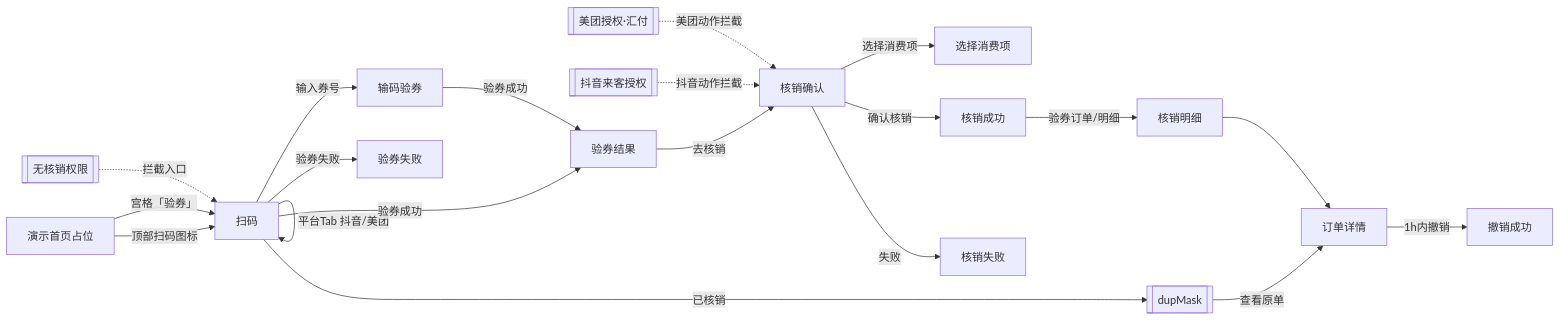
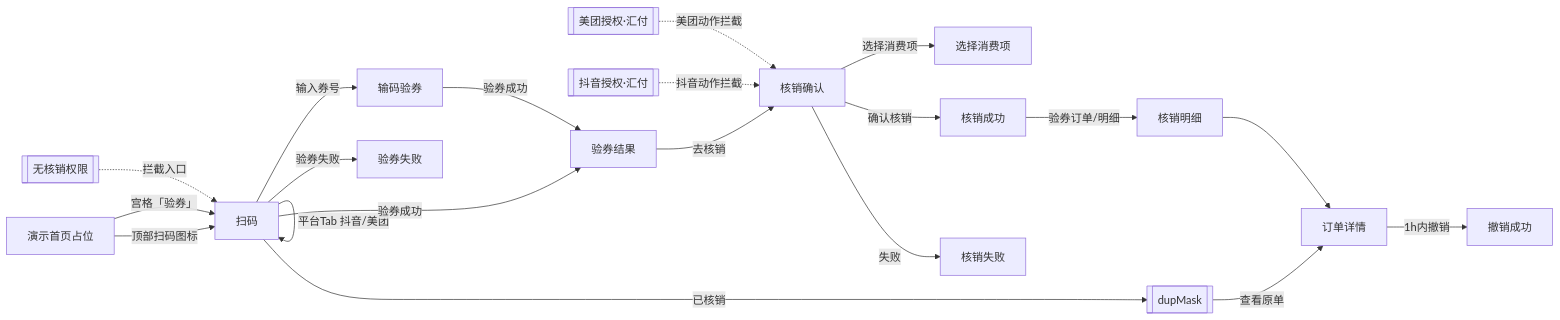
One commit to XDean-Designer/tiktok changed the first of 5 diagrams in PRD-团购核销.md. Above: the diagram before and after it, drawn with Mermaid. The commit also changed other lines of this file and 71 other files, not shown here.

````diff
--- a/PRD-团购核销.md
+++ b/PRD-团购核销.md
@@ -219,22 +221,22 @@
 ```mermaid
 flowchart LR
   HOME[演示首页占位] -->|顶部扫码图标| SCAN[扫码]
   HOME -->|宫格「验券」| SCAN
   SCAN -->|平台Tab 抖音/美团| SCAN
   SCAN -->|输入券号| INPUT[输码验券]
   SCAN -->|验券成功| RESULT[验券结果]
   INPUT -->|验券成功| RESULT
   RESULT -->|去核销| CONFIRM[核销确认]
   CONFIRM -->|选择消费项| MATCH[选择消费项]
   CONFIRM -->|确认核销| SUCCESS[核销成功]
   CONFIRM -->|失败| FAIL[核销失败]
   SCAN -->|已核销| DUP[[dupMask]]
   DUP -->|查看原单| DETAIL[订单详情]
   SCAN -->|验券失败| VF[验券失败]
   SUCCESS -->|验券订单/明细| ORDERS[核销明细]
   ORDERS --> DETAIL
   DETAIL -->|1h内撤销| ROK[撤销成功]
   NOP[[无核销权限]] -.拦截入口.-> SCAN
-  AUTH[[抖音来客授权]] -.抖音动作拦截.-> CONFIRM
+  AUTH[[抖音授权·汇付]] -.抖音动作拦截.-> CONFIRM
   authMeituan[[美团授权·汇付]] -.美团动作拦截.-> CONFIRM
 ```
````
